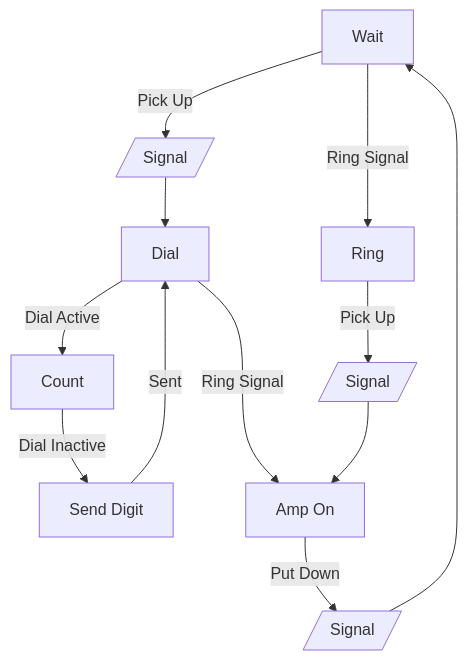
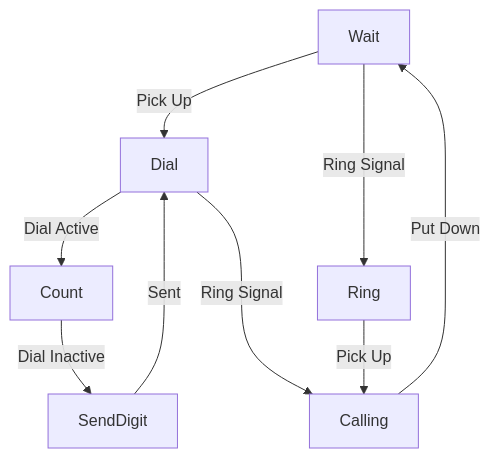
The diagram in attiny/README.md (andy-preston/gpo-746-android), drawn with Mermaid before and after one commit.

Commit message:
final update to state diagram

````diff
--- a/attiny/README.md
+++ b/attiny/README.md
@@ -16,11 +16,11 @@
 ```mermaid
 graph TD
-    W[Wait] -->|Pick Up| S1[/Signal/] --> D[Dial]
-    D -->|Dial Active| C[Count]
-    C -->|Dial Inactive| S[Send Digit]
-    S -->|Sent| D
-    D --->|Ring Signal| A[Amp On]
-    W -->|Ring Signal| R[Ring]
-    R -->|Pick Up| S2[/Signal/] --> A
-    A -->|Put Down| S3[/Signal/] --> W    
+    Wait -->|Pick Up| Dial
+    Wait -->|Ring Signal| Ring
+    Dial -->|Dial Active| Count
+    Dial --->|Ring Signal| Calling
+    Count -->|Dial Inactive| SendDigit
+    SendDigit -->|Sent| Dial
+    Ring -->|Pick Up| Calling
+    Calling -->|Put Down| Wait
 ```
````
